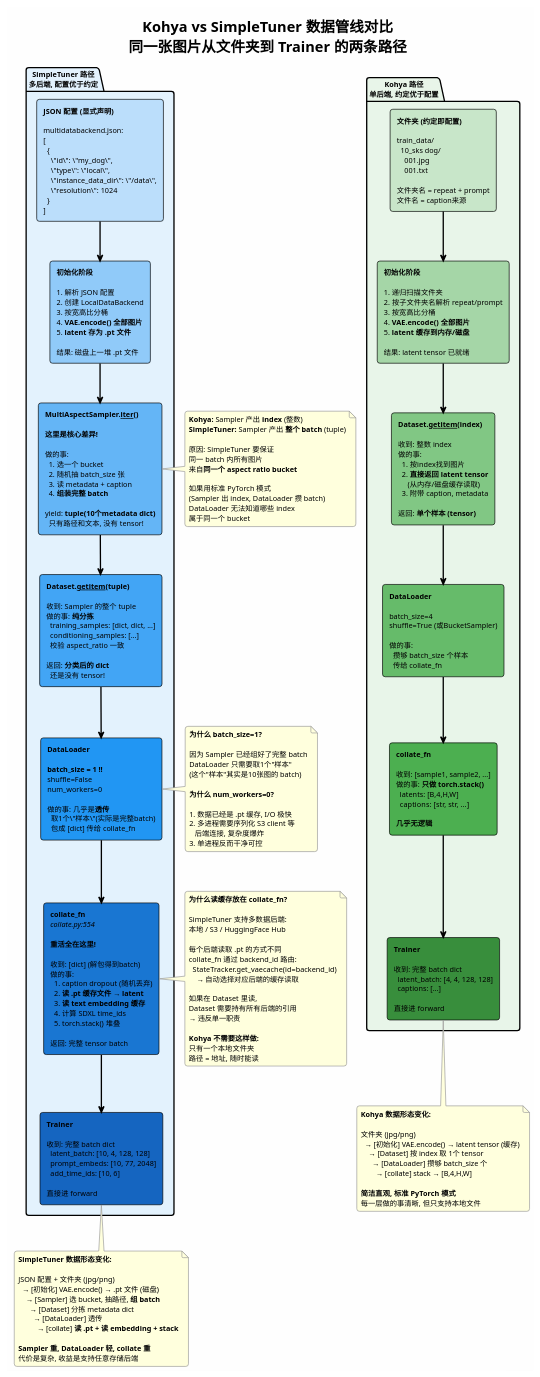
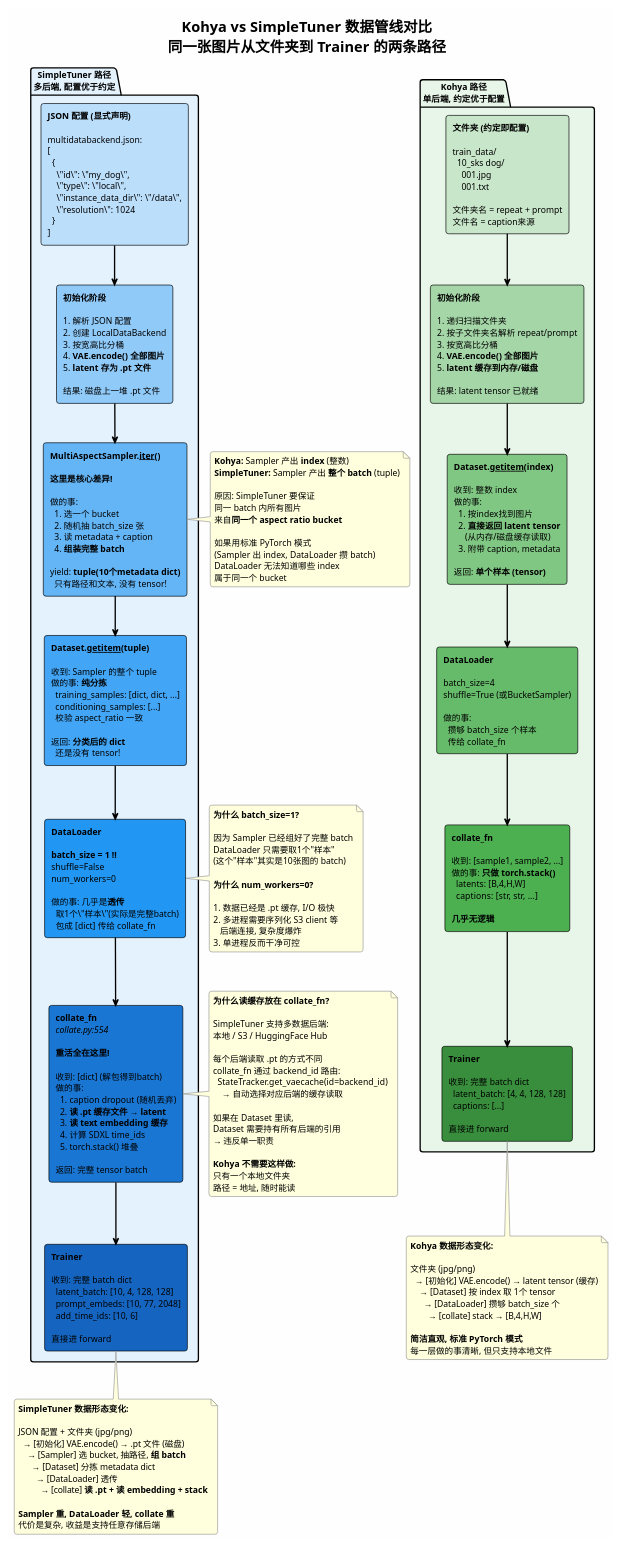
One commit to okdsf/SimpleTuner changed the diagram in docs/architecture/02_data_pipeline_comparison.puml. Above: the diagram before and after it, drawn with PlantUML. The commit also changed 26 other files, not shown here.

```diff
--- a/docs/architecture/02_data_pipeline_comparison.puml
+++ b/docs/architecture/02_data_pipeline_comparison.puml
@@ -1,153 +1,153 @@
 @startuml SDXL_Data_Pipeline_Kohya_vs_SimpleTuner
 !theme plain
 skinparam backgroundColor #FEFEFE
-skinparam defaultFontName "Microsoft YaHei"
-skinparam defaultFontSize 11
+skinparam defaultFontName "Noto Sans SC Medium"
+skinparam defaultFontSize 13
 skinparam ArrowThickness 2
 skinparam RoundCorner 8
 skinparam PackageBorderThickness 2
 skinparam NoteBackgroundColor #FFFFDD
 skinparam NoteBorderColor #999999
 
 title **Kohya vs SimpleTuner 数据管线对比**\n同一张图片从文件夹到 Trainer 的两条路径
 
 ' ============================================================
 ' 左侧: Kohya 路径
 ' ============================================================
 package "**Kohya 路径**\n单后端, 约定优于配置" as PKG_KOHYA #E8F5E9 {
 
     rectangle "**文件夹 (约定即配置)**\n\ntrain_data/\n  10_sks dog/\n    001.jpg\n    001.txt\n\n文件夹名 = repeat + prompt\n文件名 = caption来源" as K_FOLDER #C8E6C9
 
     rectangle "**初始化阶段**\n\n1. 递归扫描文件夹\n2. 按子文件夹名解析 repeat/prompt\n3. 按宽高比分桶\n4. **VAE.encode() 全部图片**\n5. **latent 缓存到内存/磁盘**\n\n结果: latent tensor 已就绪" as K_INIT #A5D6A7
 
     rectangle "**Dataset.__getitem__(index)**\n\n收到: 整数 index\n做的事:\n  1. 按index找到图片\n  2. **直接返回 latent tensor**\n     (从内存/磁盘缓存读取)\n  3. 附带 caption, metadata\n\n返回: **单个样本 (tensor)** " as K_DATASET #81C784
 
     rectangle "**DataLoader**\n\nbatch_size=4\nshuffle=True (或BucketSampler)\n\n做的事:\n  攒够 batch_size 个样本\n  传给 collate_fn" as K_LOADER #66BB6A
 
     rectangle "**collate_fn**\n\n收到: [sample1, sample2, ...]\n做的事: **只做 torch.stack()**\n  latents: [B,4,H,W]\n  captions: [str, str, ...]\n\n**几乎无逻辑**" as K_COLLATE #4CAF50
 
     rectangle "**Trainer**\n\n收到: 完整 batch dict\n  latent_batch: [4, 4, 128, 128]\n  captions: [...]\n\n直接进 forward" as K_TRAINER #388E3C
 }
 
 ' ============================================================
 ' 右侧: SimpleTuner 路径
 ' ============================================================
 package "**SimpleTuner 路径**\n多后端, 配置优于约定" as PKG_ST #E3F2FD {
 
     rectangle "**JSON 配置 (显式声明)**\n\nmultidatabackend.json:\n[\n  {\n    \"id\": \"my_dog\",\n    \"type\": \"local\",\n    \"instance_data_dir\": \"/data\",\n    \"resolution\": 1024\n  }\n]" as S_CONFIG #BBDEFB
 
     rectangle "**初始化阶段**\n\n1. 解析 JSON 配置\n2. 创建 LocalDataBackend\n3. 按宽高比分桶\n4. **VAE.encode() 全部图片**\n5. **latent 存为 .pt 文件**\n\n结果: 磁盘上一堆 .pt 文件" as S_INIT #90CAF9
 
     rectangle "**MultiAspectSampler.__iter__()**\n\n**这里是核心差异!**\n\n做的事:\n  1. 选一个 bucket\n  2. 随机抽 batch_size 张\n  3. 读 metadata + caption\n  4. **组装完整 batch**\n\nyield: **tuple(10个metadata dict)**\n  只有路径和文本, 没有 tensor!" as S_SAMPLER #64B5F6
 
     rectangle "**Dataset.__getitem__(tuple)**\n\n收到: Sampler 的整个 tuple\n做的事: **纯分拣**\n  training_samples: [dict, dict, ...]\n  conditioning_samples: [...]\n  校验 aspect_ratio 一致\n\n返回: **分类后的 dict**\n  还是没有 tensor!" as S_DATASET #42A5F5
 
     rectangle "**DataLoader**\n\n**batch_size = 1 !!**\nshuffle=False\nnum_workers=0\n\n做的事: 几乎是**透传**\n  取1个\"样本\"(实际是完整batch)\n  包成 [dict] 传给 collate_fn" as S_LOADER #2196F3
 
     rectangle "**collate_fn**\n//collate.py:554//\n\n**重活全在这里!**\n\n收到: [dict] (解包得到batch)\n做的事:\n  1. caption dropout (随机丢弃)\n  2. **读 .pt 缓存文件 → latent**\n  3. **读 text embedding 缓存**\n  4. 计算 SDXL time_ids\n  5. torch.stack() 堆叠\n\n返回: 完整 tensor batch" as S_COLLATE #1976D2
 
     rectangle "**Trainer**\n\n收到: 完整 batch dict\n  latent_batch: [10, 4, 128, 128]\n  prompt_embeds: [10, 77, 2048]\n  add_time_ids: [10, 6]\n\n直接进 forward" as S_TRAINER #1565C0
 }
 
 ' ============================================================
 ' 连接线 — Kohya
 ' ============================================================
 K_FOLDER -down-> K_INIT
 K_INIT -down-> K_DATASET
 K_DATASET -down-> K_LOADER
 K_LOADER -down-> K_COLLATE
 K_COLLATE -down-> K_TRAINER
 
 ' ============================================================
 ' 连接线 — SimpleTuner
 ' ============================================================
 S_CONFIG -down-> S_INIT
 S_INIT -down-> S_SAMPLER
 S_SAMPLER -down-> S_DATASET
 S_DATASET -down-> S_LOADER
 S_LOADER -down-> S_COLLATE
 S_COLLATE -down-> S_TRAINER
 
 ' ============================================================
 ' 关键差异标注
 ' ============================================================
 note right of S_SAMPLER
   **Kohya:** Sampler 产出 **index** (整数)
   **SimpleTuner:** Sampler 产出 **整个 batch** (tuple)
 
   原因: SimpleTuner 要保证
   同一 batch 内所有图片
   来自**同一个 aspect ratio bucket**
 
   如果用标准 PyTorch 模式
   (Sampler 出 index, DataLoader 攒 batch)
   DataLoader 无法知道哪些 index
   属于同一个 bucket
 end note
 
 note right of S_LOADER
   **为什么 batch_size=1?**
 
   因为 Sampler 已经组好了完整 batch
   DataLoader 只需要取1个"样本"
   (这个"样本"其实是10张图的 batch)
 
   **为什么 num_workers=0?**
 
   1. 数据已经是 .pt 缓存, I/O 极快
   2. 多进程需要序列化 S3 client 等
      后端连接, 复杂度爆炸
   3. 单进程反而干净可控
 end note
 
 note right of S_COLLATE
   **为什么读缓存放在 collate_fn?**
 
   SimpleTuner 支持多数据后端:
   本地 / S3 / HuggingFace Hub
 
   每个后端读取 .pt 的方式不同
   collate_fn 通过 backend_id 路由:
     StateTracker.get_vaecache(id=backend_id)
       → 自动选择对应后端的缓存读取
 
   如果在 Dataset 里读,
   Dataset 需要持有所有后端的引用
   → 违反单一职责
 
   **Kohya 不需要这样做:**
   只有一个本地文件夹
   路径 = 地址, 随时能读
 end note
 
 ' ============================================================
 ' 底部: 数据形态变化对比
 ' ============================================================
 note bottom of K_TRAINER
   **Kohya 数据形态变化:**
 
   文件夹 (jpg/png)
     → [初始化] VAE.encode() → latent tensor (缓存)
       → [Dataset] 按 index 取 1个 tensor
         → [DataLoader] 攒够 batch_size 个
           → [collate] stack → [B,4,H,W]
 
   **简洁直观, 标准 PyTorch 模式**
   每一层做的事清晰, 但只支持本地文件
 end note
 
 note bottom of S_TRAINER
   **SimpleTuner 数据形态变化:**
 
   JSON 配置 + 文件夹 (jpg/png)
     → [初始化] VAE.encode() → .pt 文件 (磁盘)
       → [Sampler] 选 bucket, 抽路径, **组 batch**
         → [Dataset] 分拣 metadata dict
           → [DataLoader] 透传
             → [collate] **读 .pt + 读 embedding + stack**
 
   **Sampler 重, DataLoader 轻, collate 重**
   代价是复杂, 收益是支持任意存储后端
 end note
 
 @enduml
```
